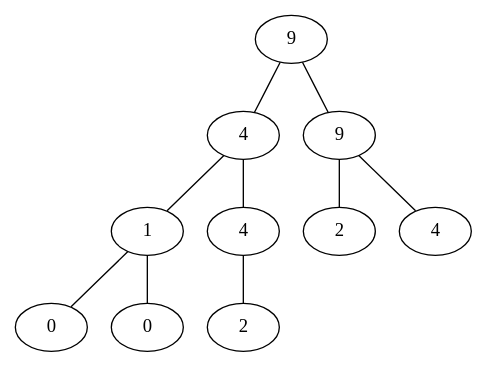
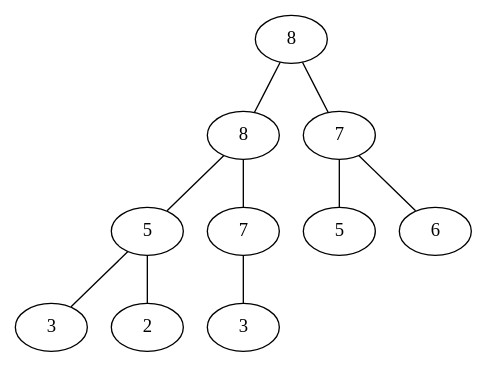
Before and after one commit to edneif/prg: the diagram in heap-lista_v3/heap.dot, drawn with Graphviz. The commit also changed 12 other files, not shown here.

```diff
--- a/heap-lista_v3/heap.dot
+++ b/heap-lista_v3/heap.dot
@@ -1,22 +1,22 @@
 graph {
-0 [label=9];
-1 [label=4];
-2 [label=9];
-3 [label=1];
-4 [label=4];
-5 [label=2];
-6 [label=4];
-7 [label=0];
-8 [label=0];
-9 [label=2];
+0 [label=8];
+1 [label=8];
+2 [label=7];
+3 [label=5];
+4 [label=7];
+5 [label=5];
+6 [label=6];
+7 [label=3];
+8 [label=2];
+9 [label=3];
 
 0 -- 1;
 0 -- 2;
 1 -- 3;
 1 -- 4;
 2 -- 5;
 2 -- 6;
 3 -- 7;
 3 -- 8;
 4 -- 9;
 }
```
